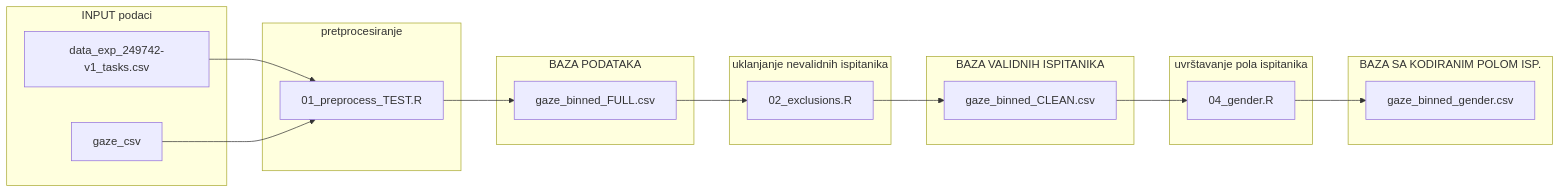
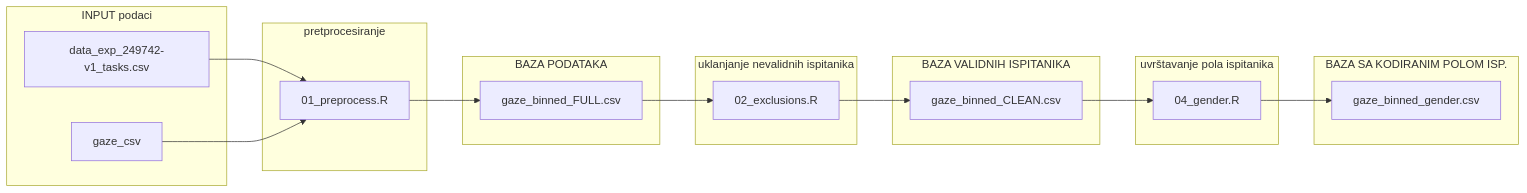
The first of 2 diagrams in README.md (sara-barac/VWP-data-analysis), drawn with Mermaid before and after one commit. The commit also changed other lines of this file, not shown here.

````diff
--- a/README.md
+++ b/README.md
@@ -113,37 +113,37 @@
 ```mermaid
 flowchart LR
 
 subgraph INPUT podaci
 A[data_exp_249742-v1_tasks.csv]
 B[gaze_csv]
 end
  
 subgraph pretprocesiranje
-C[01_preprocess_TEST.R]
+C[01_preprocess.R]
 end
 
 subgraph BAZA PODATAKA
 D[gaze_binned_FULL.csv]
 end
 
 subgraph uklanjanje nevalidnih ispitanika
 E[02_exclusions.R]
 end
 
 subgraph BAZA VALIDNIH ISPITANIKA
 F[gaze_binned_CLEAN.csv]
 end
 
 subgraph uvrštavanje pola ispitanika
 G[04_gender.R]
 end
 
 subgraph BAZA SA KODIRANIM POLOM ISP.
 H[gaze_binned_gender.csv]
 end
 
 A --> C
 B --> C
 C --> D --> E --> F --> G --> H
 
 ```
````
